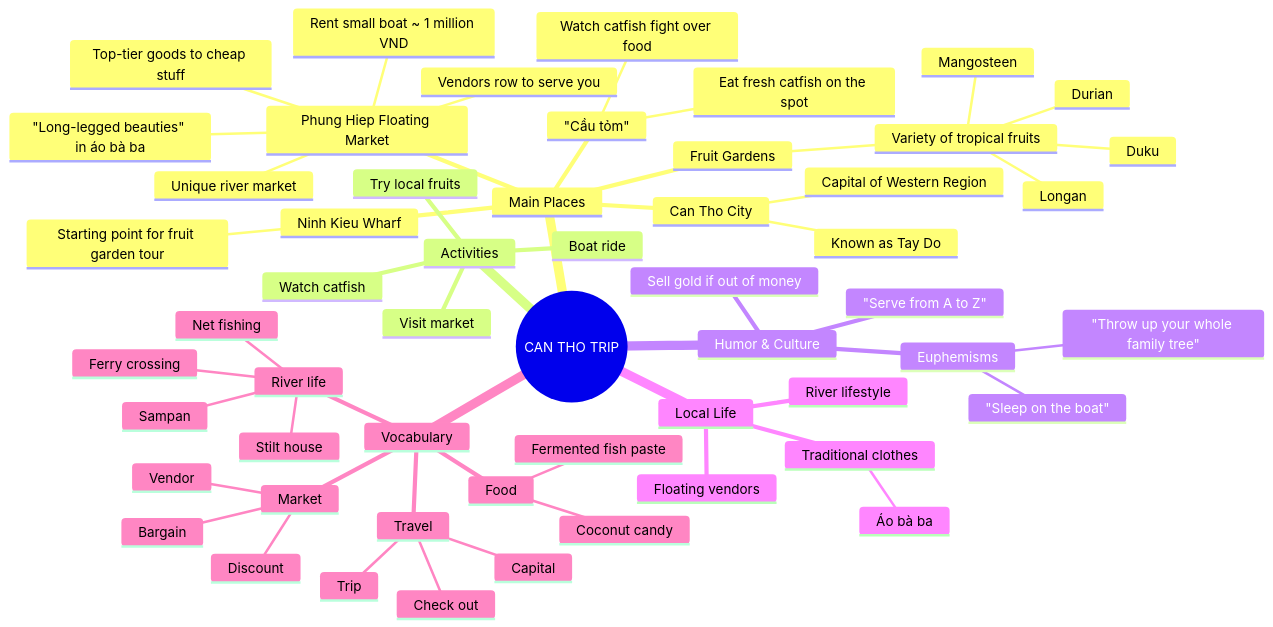
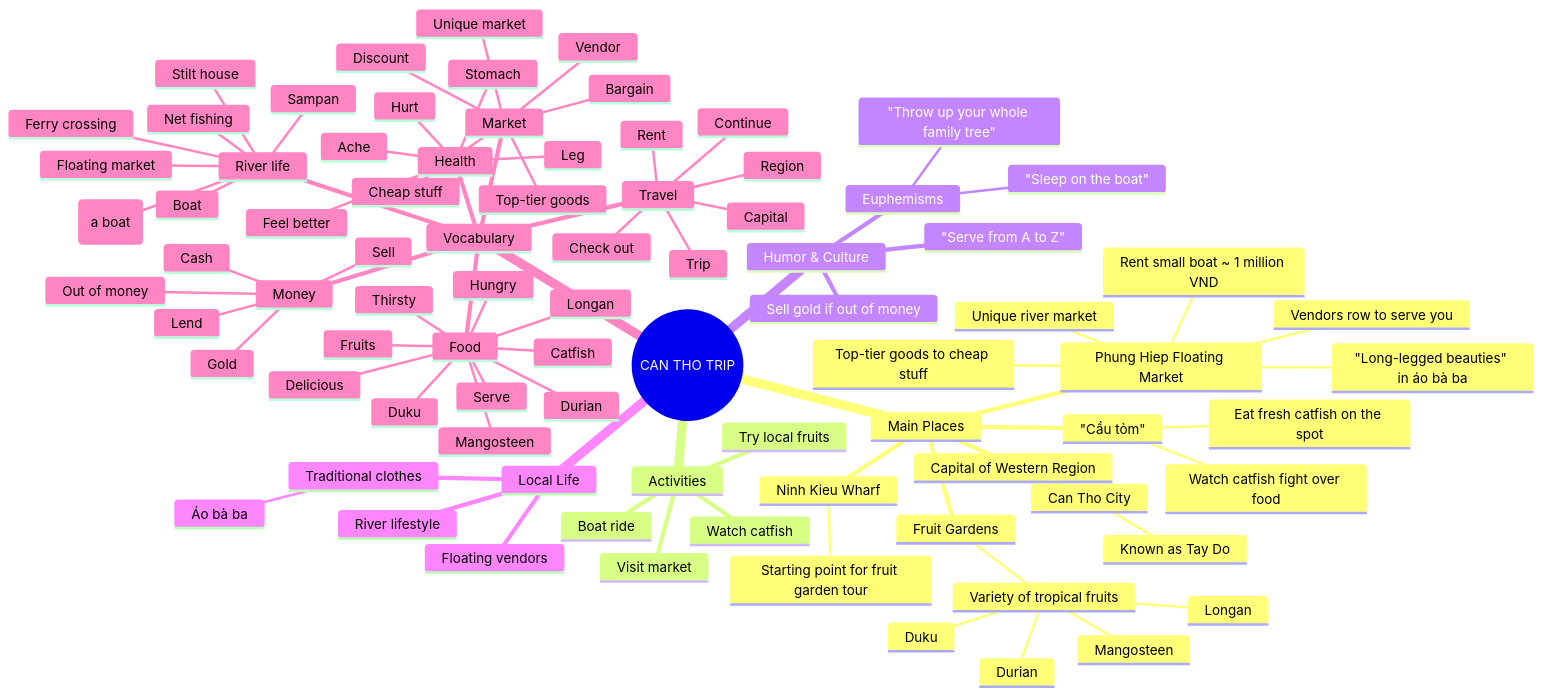
One commit to aerovfx/aerolang changed the diagram in Lesson10_CanTho/01_Subject.md. Above: the diagram before and after it, drawn with Mermaid. The commit also changed 3 other files, not shown here.

````diff
--- a/Lesson10_CanTho/01_Subject.md
+++ b/Lesson10_CanTho/01_Subject.md
@@ -43,16 +43,45 @@
         Check out
         Trip
         Capital
+        Region
+        Rent
+        Continue
       Food
-        Coconut candy
-        Fermented fish paste
+        Thirsty
+        Hungry
+        Serve
+        Fruits
+        Delicious
+        Duku
+        Durian
+        Mangosteen
+        Longan
+        Catfish
       River life
         Sampan
         Stilt house
         Net fishing
         Ferry crossing
+        Floating market
+        Boat
+        Row (a boat)
       Market
         Vendor
         Bargain
         Discount
+        Top-tier goods
+        Cheap stuff
+        Unique market
+      Health
+        Leg
+        Stomach
+        Hurt
+        Feel better
+        Ache
+      Money
+        Cash
+        Gold
+        Lend
+        Sell
+        Out of money
 ```
````
